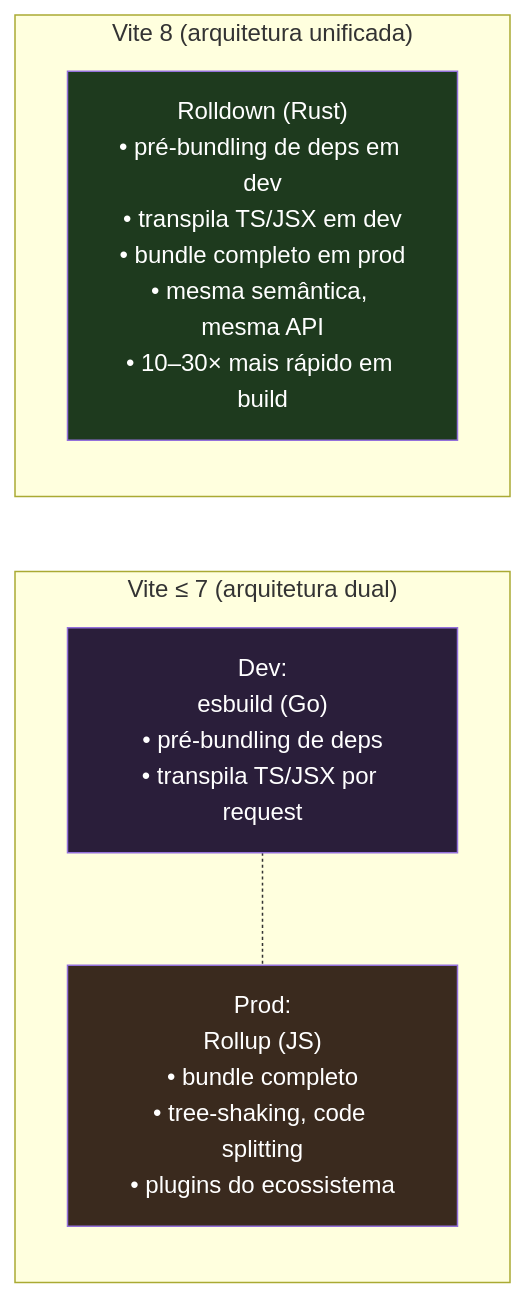
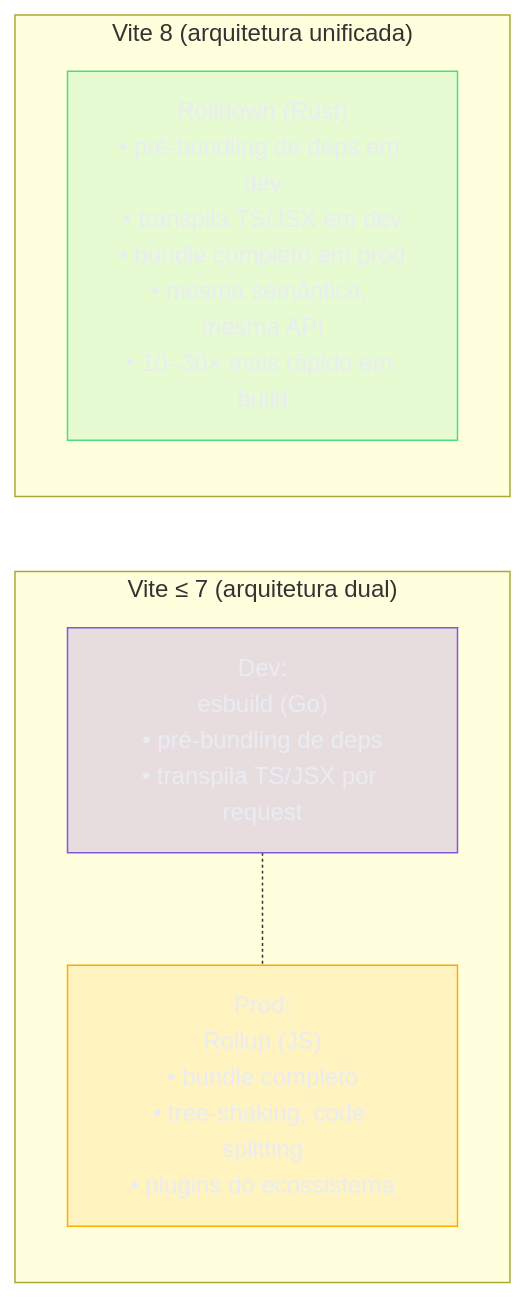
The eighth of 9 diagrams in 03-Dominios/Tecnologia/Tooling e Build/09 - Dev server e HMR.md (josenaldo/codex-technomanticus), drawn with Mermaid before and after one commit. The commit also changed other lines of this file and 1181 other files, not shown here.

First line of the commit message:
fix(diagramas): paleta do sistema no lugar de cor cravada no markdown

````diff
--- a/03-Dominios/Tecnologia/Tooling e Build/09 - Dev server e HMR.md
+++ b/03-Dominios/Tecnologia/Tooling e Build/09 - Dev server e HMR.md
@@ -492,15 +502,18 @@
 ```mermaid
 graph LR
+    classDef marca fill:#8855DF33,stroke:#8855DF,color:#E9ECF2
+    classDef destaque fill:#FFAA0024,stroke:#FFAA00,color:#E9ECF2
+    classDef ok fill:#4ADE8021,stroke:#4ADE80,color:#E9ECF2
     subgraph VITE7["Vite ≤ 7 (arquitetura dual)"]
         V7DEV["Dev:\nesbuild (Go)\n• pré-bundling de deps\n• transpila TS/JSX por request"]
         V7PROD["Prod:\nRollup (JS)\n• bundle completo\n• tree-shaking, code splitting\n• plugins do ecossistema"]
         V7DEV -.- V7PROD
-        style V7DEV fill:#2a1e3a,color:#fff
-        style V7PROD fill:#3a2a1e,color:#fff
+        class V7DEV marca
+        class V7PROD destaque
     end
 
     subgraph VITE8["Vite 8 (arquitetura unificada)"]
         V8["Rolldown (Rust)\n• pré-bundling de deps em dev\n• transpila TS/JSX em dev\n• bundle completo em prod\n• mesma semântica, mesma API\n• 10–30× mais rápido em build"]
-        style V8 fill:#1e3a1e,color:#fff
+        class V8 ok
     end
 ```
````
